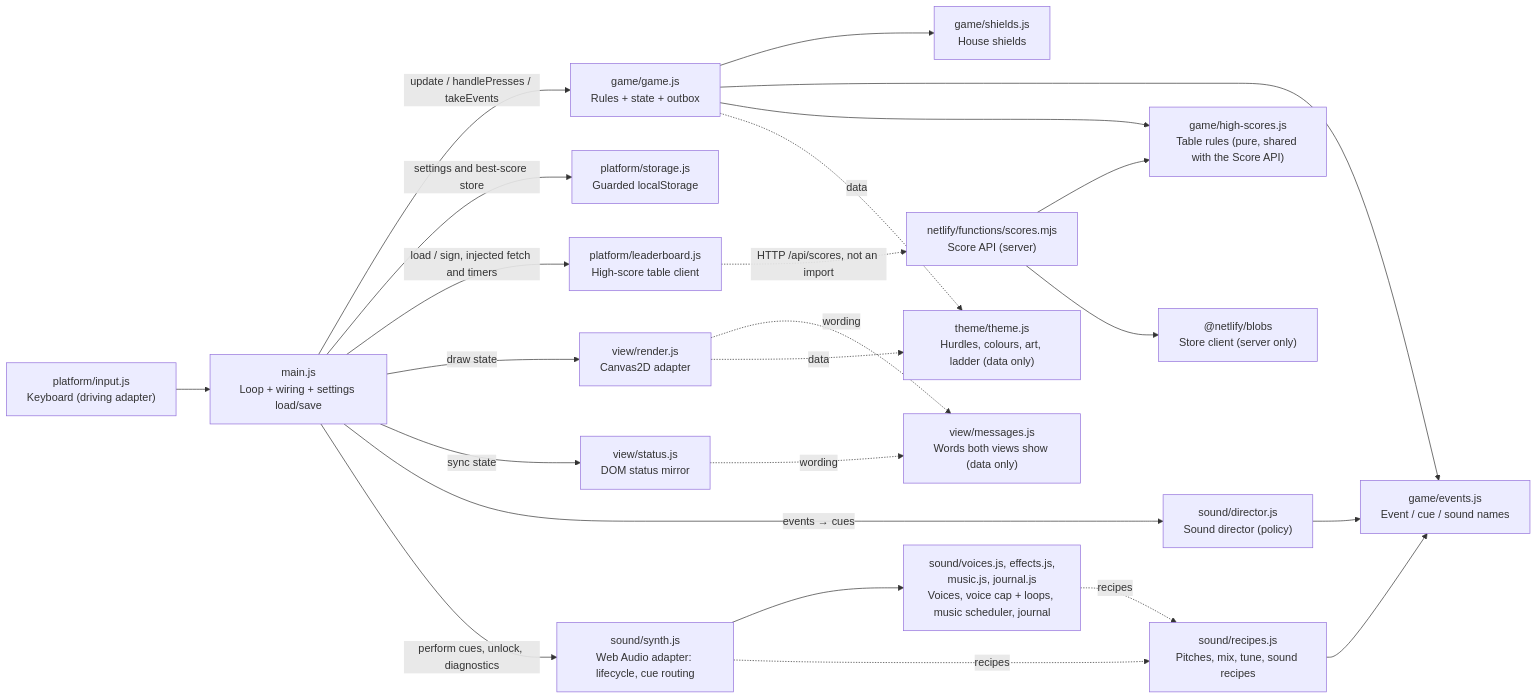
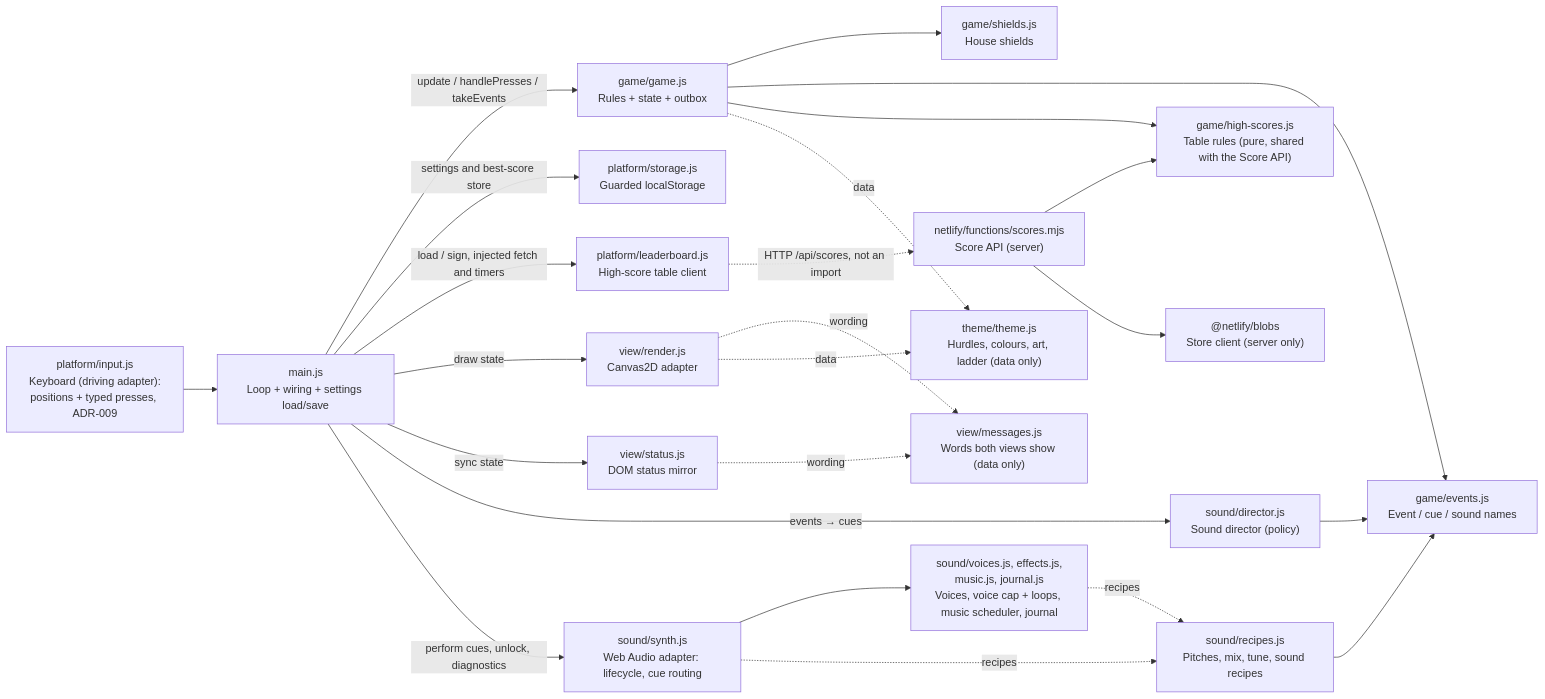
The third of 3 diagrams in docs/product/architecture/brief.md (lagom1985/rightmove-space-invaders), drawn with Mermaid before and after one commit. The commit also changed other lines of this file and 2 other files, not shown here.

First line of the commit message:
docs(rightmove-invaders-typed-initials): DESIGN (typed presses in order, ADR-009)

````diff
--- a/docs/product/architecture/brief.md
+++ b/docs/product/architecture/brief.md
@@ -80,26 +80,26 @@
 ```mermaid
 flowchart LR
-  kb["platform/input.js<br/>Keyboard (driving adapter)"] --> main
+  kb["platform/input.js<br/>Keyboard (driving adapter):<br/>positions + typed presses, ADR-009"] --> main
   main["main.js<br/>Loop + wiring + settings load/save"] -->|update / handlePresses / takeEvents| game["game/game.js<br/>Rules + state + outbox"]
   game --> shields["game/shields.js<br/>House shields"]
   game --> events["game/events.js<br/>Event / cue / sound names"]
   game --> rules["game/high-scores.js<br/>Table rules (pure, shared with the Score API)"]
   game -. data .-> theme["theme/theme.js<br/>Hurdles, colours, art, ladder (data only)"]
   main -->|settings and best-score store| storage["platform/storage.js<br/>Guarded localStorage"]
   main -->|load / sign, injected fetch and timers| lb["platform/leaderboard.js<br/>High-score table client"]
   lb -.->|"HTTP /api/scores, not an import"| api["netlify/functions/scores.mjs<br/>Score API (server)"]
   api --> rules
   api --> blobsLib["@netlify/blobs<br/>Store client (server only)"]
   main -->|draw state| render["view/render.js<br/>Canvas2D adapter"]
   main -->|sync state| status["view/status.js<br/>DOM status mirror"]
   render -. wording .-> messages["view/messages.js<br/>Words both views show (data only)"]
   status -. wording .-> messages
   main -->|events → cues| director["sound/director.js<br/>Sound director (policy)"]
   director --> events
   main -->|perform cues, unlock, diagnostics| synth["sound/synth.js<br/>Web Audio adapter: lifecycle, cue routing"]
   synth --> synthParts["sound/voices.js, effects.js,<br/>music.js, journal.js<br/>Voices, voice cap + loops, music scheduler, journal"]
   synth -. recipes .-> recipes["sound/recipes.js<br/>Pitches, mix, tune, sound recipes"]
   synthParts -. recipes .-> recipes
   recipes --> events
   render -. data .-> theme
 ```
````
